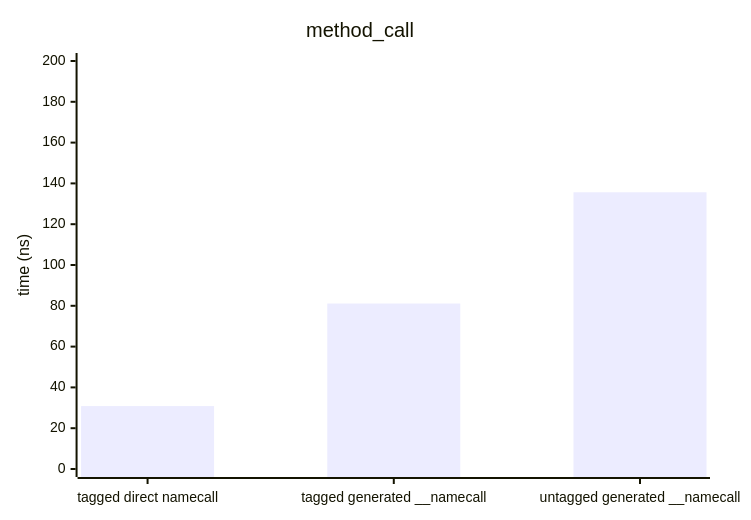
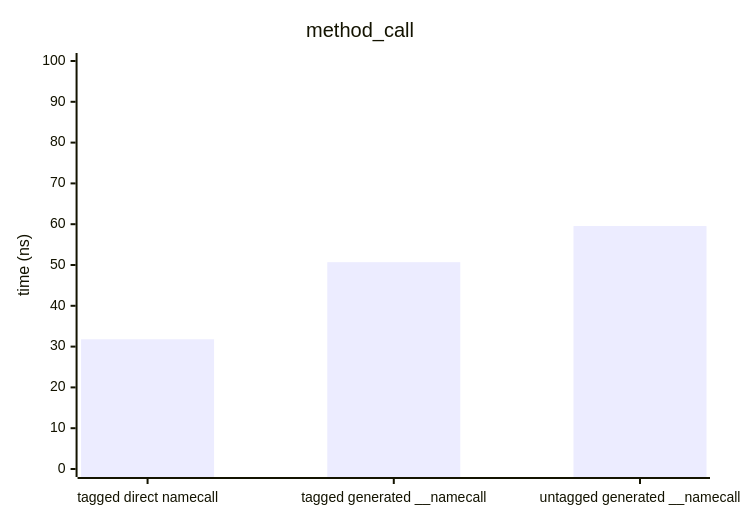
Before and after one commit to DreamWeave-MP/l3i: the third of 8 diagrams in BENCHMARKS.md, drawn with Mermaid. The commit also changed other lines of this file and 2 other files, not shown here.

````diff
--- a/BENCHMARKS.md
+++ b/BENCHMARKS.md
@@ -54,7 +54,7 @@
 ```mermaid
 xychart-beta
     title "method_call"
     x-axis ["tagged direct namecall", "tagged generated __namecall", "untagged generated __namecall"]
-    y-axis "time (ns)" 0 --> 200.00
-    bar [30.84, 81.12, 135.65]
+    y-axis "time (ns)" 0 --> 100.00
+    bar [31.80, 50.69, 59.55]
 ```
````
